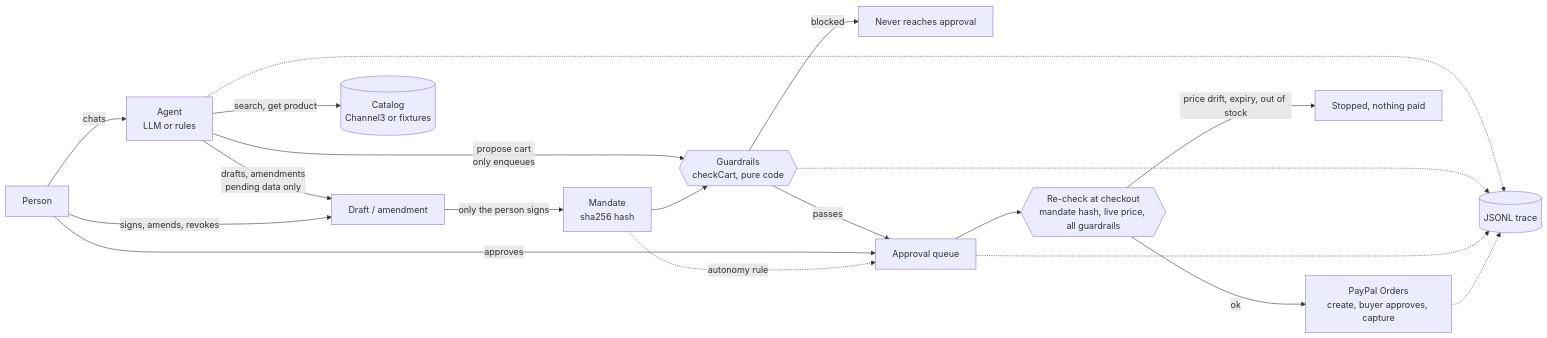
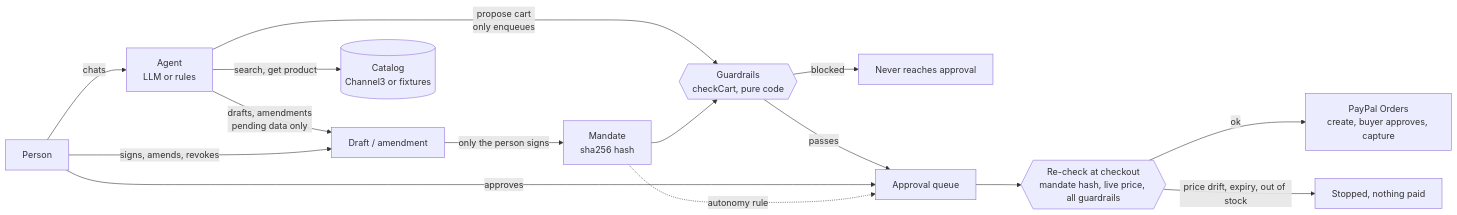
Before and after one commit to isaacboque/mandate: the diagram in README.md, drawn with Mermaid. The commit also changed other lines of this file and 33 other files, not shown here.

````diff
--- a/README.md
+++ b/README.md
@@ -49,21 +41,17 @@
 ```mermaid
 flowchart LR
   U[Person] -->|chats| A[Agent<br/>LLM or rules]
   A -->|drafts, amendments<br/>pending data only| D[Draft / amendment]
   D -->|only the person signs| M[Mandate<br/>sha256 hash]
   U -->|signs, amends, revokes| D
   A -->|search, get product| C[(Catalog<br/>Channel3 or fixtures)]
   A -->|propose cart<br/>only enqueues| G{{Guardrails<br/>checkCart, pure code}}
   M --> G
   G -->|blocked| X[Never reaches approval]
   G -->|passes| Q[Approval queue]
   U -->|approves| Q
   M -. autonomy rule .-> Q
   Q --> R{{Re-check at checkout<br/>mandate hash, live price, all guardrails}}
   R -->|ok| P[PayPal Orders<br/>create, buyer approves, capture]
   R -->|price drift, expiry, out of stock| F[Stopped, nothing paid]
-  A -.-> T[(JSONL trace)]
-  G -.-> T
-  Q -.-> T
-  P -.-> T
 ```
````
